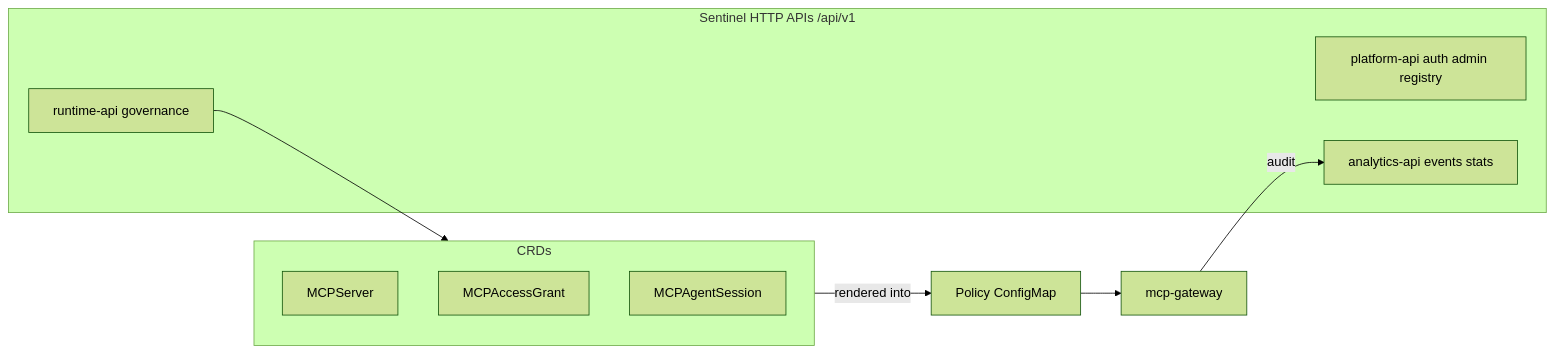
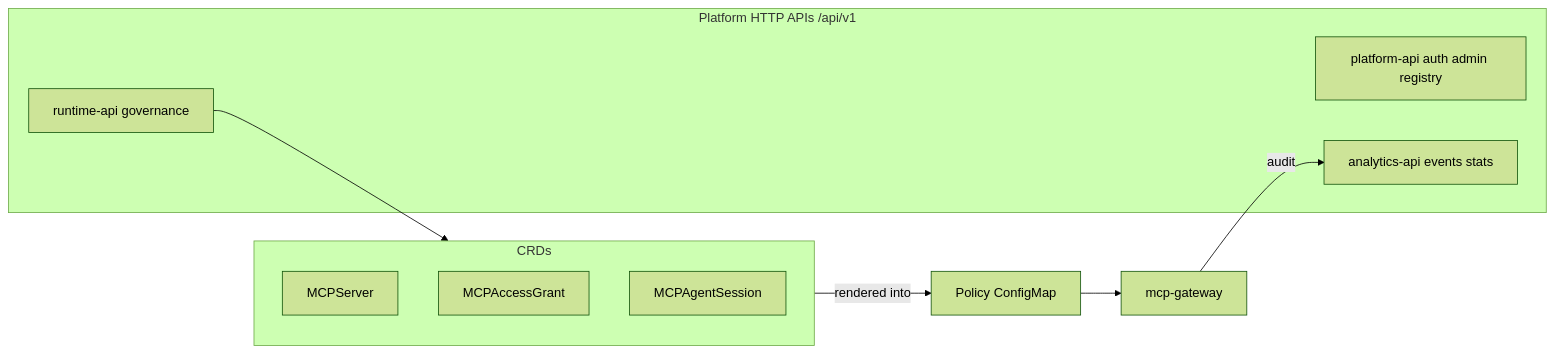
The first of 2 diagrams in docs/api.md (mcp-runtime/mcp-runtime), drawn with Mermaid (forest theme) before and after one commit. The commit also changed other lines of this file and 237 other files, not shown here.

````diff
--- a/docs/api.md
+++ b/docs/api.md
@@ -25,17 +25,17 @@
 ```mermaid
 flowchart LR
     subgraph CRDs
         Server[MCPServer]
         Grant[MCPAccessGrant]
         Session[MCPAgentSession]
     end
-    subgraph HTTP["Sentinel HTTP APIs /api/v1"]
+    subgraph HTTP["Platform HTTP APIs /api/v1"]
         Plat[platform-api auth admin registry]
         Run[runtime-api governance]
         Ana[analytics-api events stats]
     end
     CRDs -- rendered into --> Policy[Policy ConfigMap]
     Policy --> Gateway[mcp-gateway]
     Gateway -->|audit| Ana
     Run --> CRDs
 ```
````
